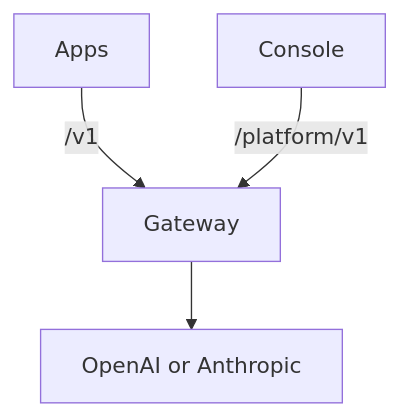
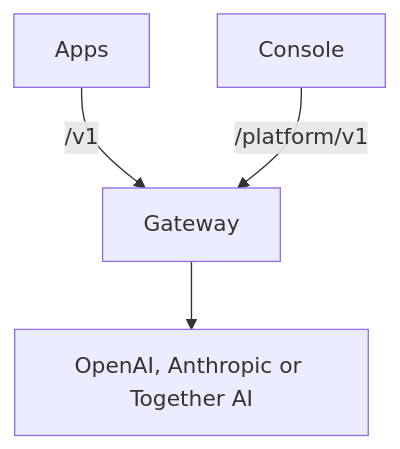
One commit to logicplanes/kaeso changed the diagram in apps/docs/content/en/index.md. Above: the diagram before and after it, drawn with Mermaid. The commit also changed other lines of this file and 7 other files, not shown here.

First line of the commit message:
Name Together AI on the home page, the quick start and the credential schema

````diff
--- a/apps/docs/content/en/index.md
+++ b/apps/docs/content/en/index.md
@@ -49,8 +49,8 @@
 ```mermaid
 flowchart TD
   accTitle: How the parts fit
-  accDescr: Apps call the gateway on /v1 and the console calls it on /platform/v1; the gateway calls OpenAI or Anthropic.
+  accDescr: Apps call the gateway on /v1 and the console calls it on /platform/v1; the gateway calls OpenAI, Anthropic or Together AI.
   apps[Apps] -- /v1 --> gateway[Gateway]
   console[Console] -- /platform/v1 --> gateway
-  gateway --> providers[OpenAI or Anthropic]
+  gateway --> providers[OpenAI, Anthropic or Together AI]
 ```
````
